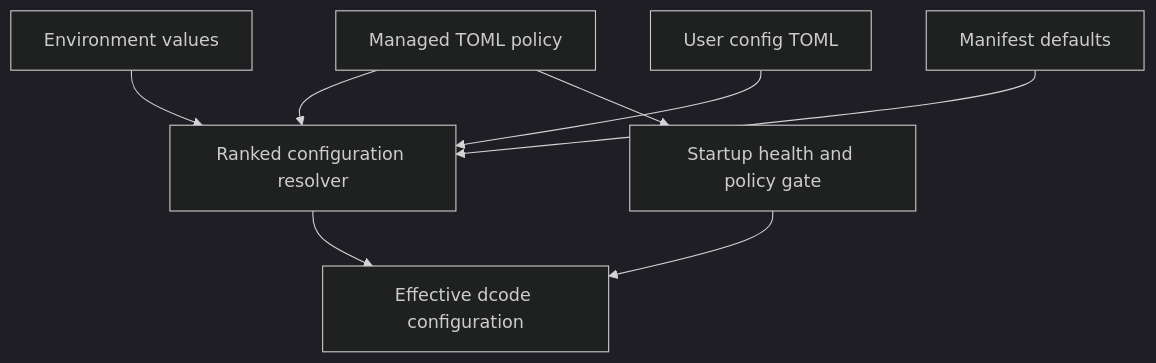
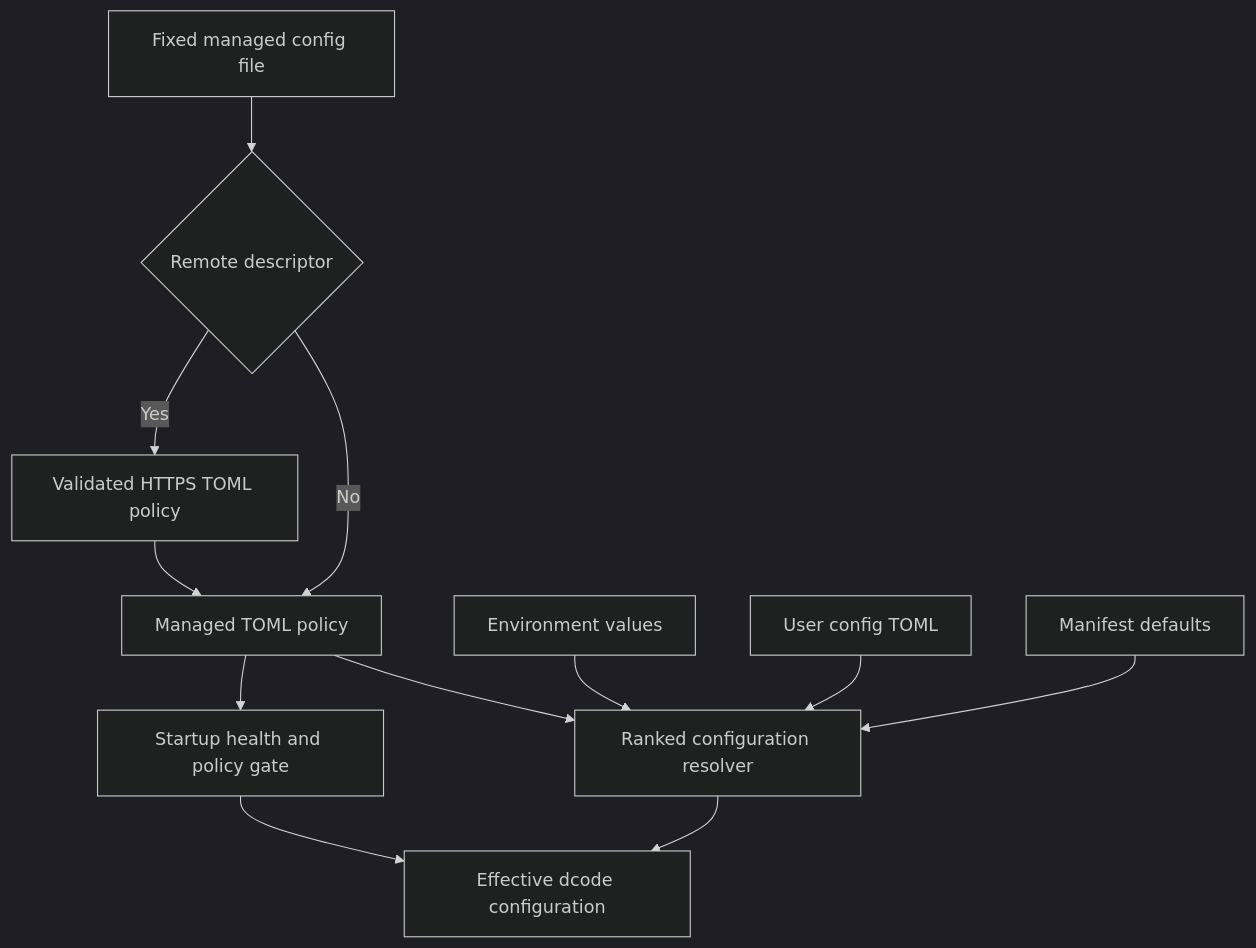
One commit to langchain-ai/deepagents changed the second of 4 diagrams in openwiki/workflows/deep-agents-code.md. Above: the diagram before and after it, drawn with Mermaid (dark theme). The commit also changed other lines of this file and 2 other files, not shown here.

````diff
--- a/openwiki/workflows/deep-agents-code.md
+++ b/openwiki/workflows/deep-agents-code.md
@@ -74,10 +74,14 @@
 ```mermaid
 flowchart TD
-    Managed["Managed TOML policy"] --> Resolve["Ranked configuration resolver"]
+    Anchor["Fixed managed config file"] --> Descriptor{"Remote descriptor"}
+    Descriptor -->|No| Managed["Managed TOML policy"]
+    Descriptor -->|Yes| Remote["Validated HTTPS TOML policy"]
+    Remote --> Managed
+    Managed --> Resolve["Ranked configuration resolver"]
     Environment["Environment values"] --> Resolve
     UserConfig["User config TOML"] --> Resolve
     Defaults["Manifest defaults"] --> Resolve
     Resolve --> Effective["Effective dcode configuration"]
     Managed --> Gate["Startup health and policy gate"]
     Gate --> Effective
 ```
````
